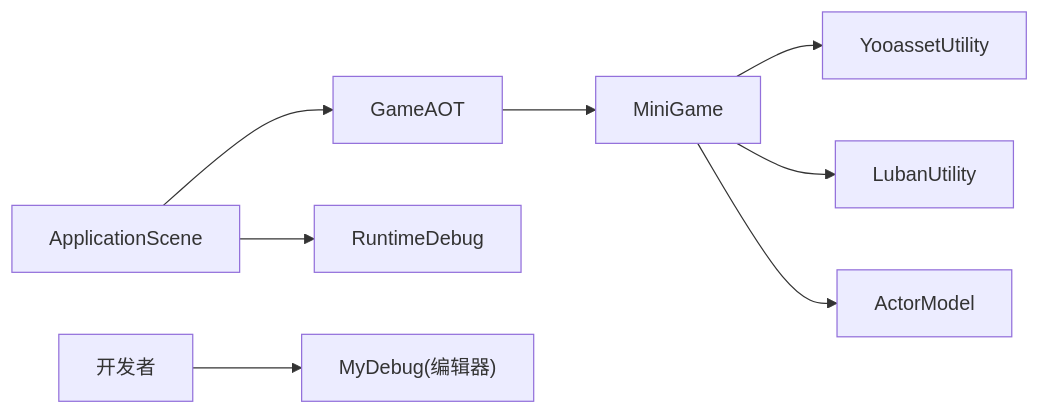
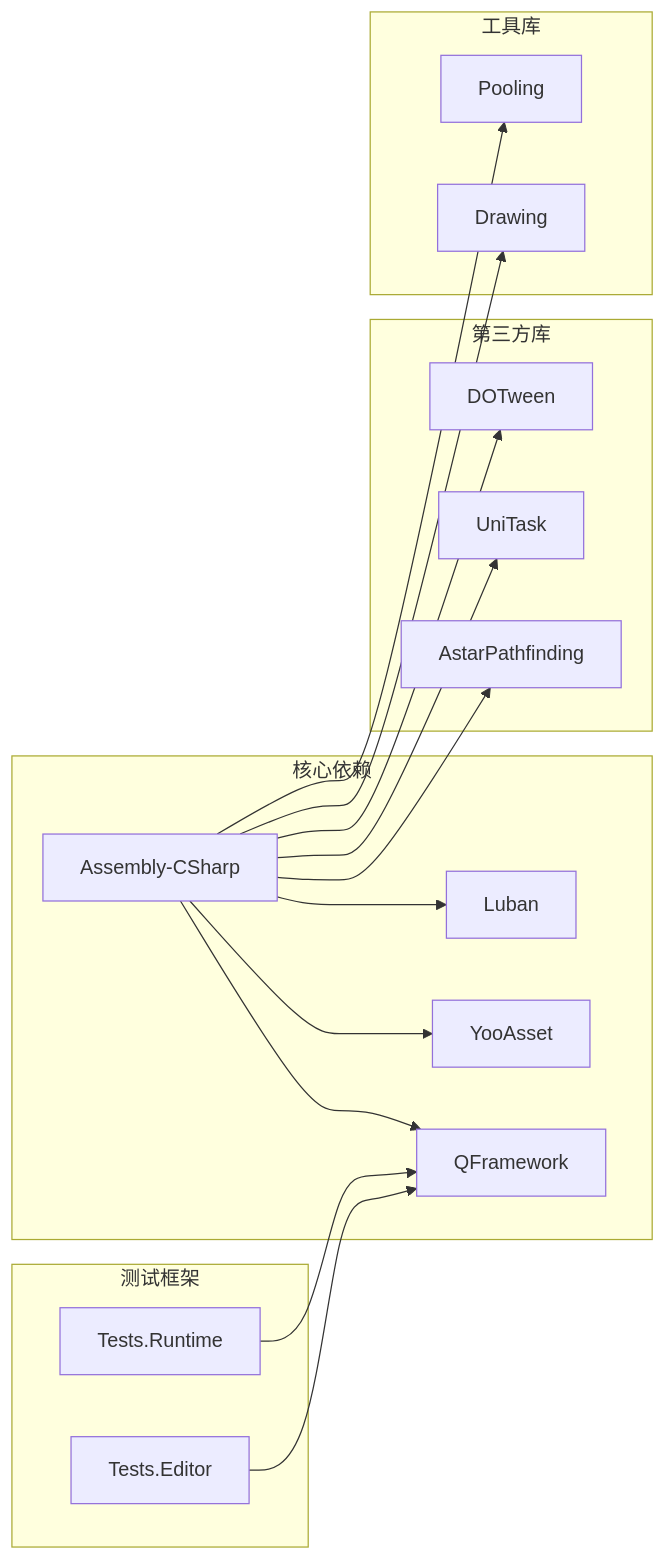
The seventh of 7 diagrams in .qoder/repowiki/zh/content/开发指南/开发指南.md (MOYVSH/SimulationClient), drawn with Mermaid before and after one commit. The commit also changed other lines of this file and 61 other files, not shown here.

````diff
--- a/.qoder/repowiki/zh/content/开发指南/开发指南.md
+++ b/.qoder/repowiki/zh/content/开发指南/开发指南.md
@@ -238,10 +335,21 @@
 ```mermaid
 graph LR
-AS["ApplicationScene"] --> GA["GameAOT"]
-GA --> MG["MiniGame"]
-MG --> YU["YooassetUtility"]
-MG --> LU["LubanUtility"]
-MG --> AM["ActorModel"]
-AS --> RD["RuntimeDebug"]
-Dev["开发者"] --> MD["MyDebug(编辑器)"]
+subgraph "核心依赖"
+AS["Assembly-CSharp"] --> QF["QFramework"]
+AS --> YA["YooAsset"]
+AS --> LUB["Luban"]
+end
+subgraph "第三方库"
+AS --> AST["AstarPathfinding"]
+AS --> UT["UniTask"]
+AS --> DT["DOTween"]
+end
+subgraph "工具库"
+AS --> DRW["Drawing"]
+AS --> PGL["Pooling"]
+end
+subgraph "测试框架"
+TRT["Tests.Runtime"] --> QF
+TED["Tests.Editor"] --> QF
+end
 ```
````
